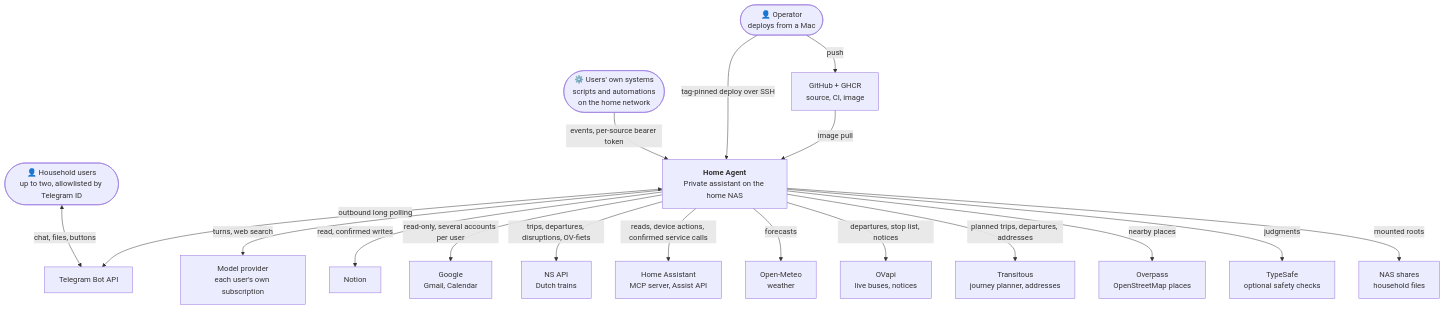
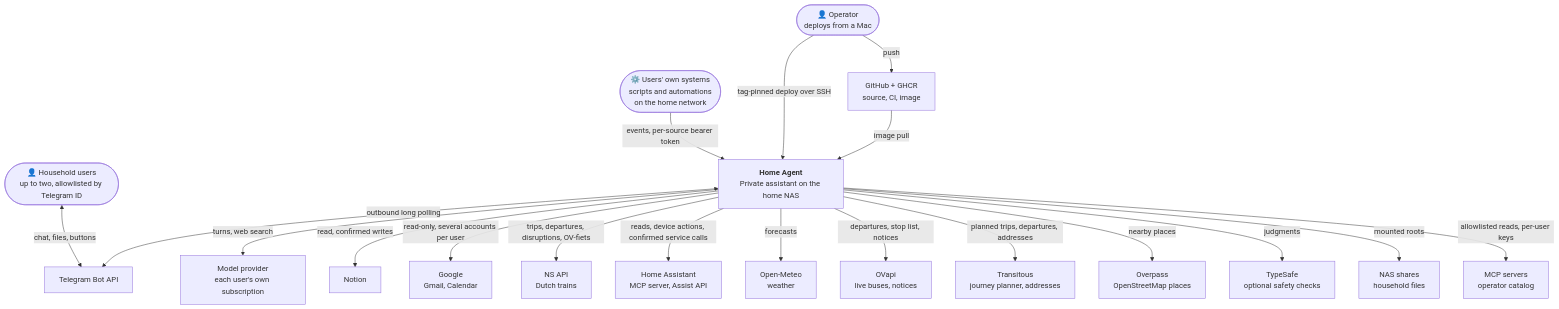
One commit to vladar107/home-ai-assistant changed the first of 3 diagrams in docs/architecture.md. Above: the diagram before and after it, drawn with Mermaid. The commit also changed other lines of this file and 39 other files, not shown here.

First line of the commit message:
feat: offer MCP servers from an operator catalog

````diff
--- a/docs/architecture.md
+++ b/docs/architecture.md
@@ -9,40 +9,42 @@
 ```mermaid
 flowchart TB
     users(["👤 Household users<br/>up to two, allowlisted by Telegram ID"])
     operator(["👤 Operator<br/>deploys from a Mac"])
     systems(["⚙️ Users' own systems<br/>scripts and automations<br/>on the home network"])
 
     agent["<b>Home Agent</b><br/>Private assistant on the home NAS"]
 
     telegram["Telegram Bot API"]
     model["Model provider<br/>each user's own subscription"]
     notion["Notion"]
     google["Google<br/>Gmail, Calendar"]
     ns["NS API<br/>Dutch trains"]
     ha["Home Assistant<br/>MCP server, Assist API"]
     meteo["Open-Meteo<br/>weather"]
     ovapi["OVapi<br/>live buses, notices"]
     transitous["Transitous<br/>journey planner, addresses"]
     overpass["Overpass<br/>OpenStreetMap places"]
     typesafe["TypeSafe<br/>optional safety checks"]
     nasfiles["NAS shares<br/>household files"]
+    mcp["MCP servers<br/>operator catalog"]
     ghcr["GitHub + GHCR<br/>source, CI, image"]
 
     users <-->|chat, files, buttons| telegram
     agent <-->|outbound long polling| telegram
     agent -->|turns, web search| model
     agent -->|read, confirmed writes| notion
     agent -->|read-only, several accounts per user| google
     agent -->|trips, departures, disruptions, OV-fiets| ns
     agent -->|reads, device actions, confirmed service calls| ha
     agent -->|forecasts| meteo
     agent -->|departures, stop list, notices| ovapi
     agent -->|planned trips, departures, addresses| transitous
     agent -->|nearby places| overpass
     agent -->|judgments| typesafe
     agent -->|mounted roots| nasfiles
+    agent -->|allowlisted reads, per-user keys| mcp
     systems -->|events, per-source bearer token| agent
     operator -->|push| ghcr
     operator -->|tag-pinned deploy over SSH| agent
     ghcr -->|image pull| agent
 ```
````
